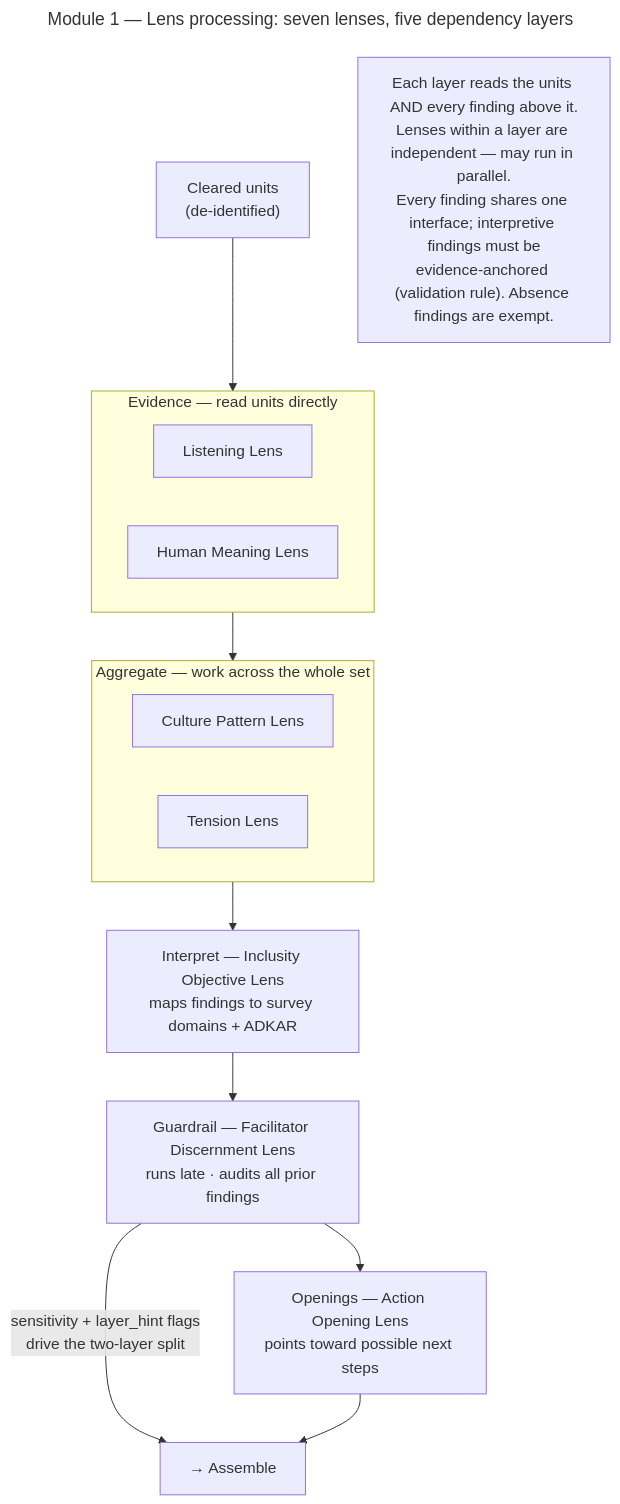
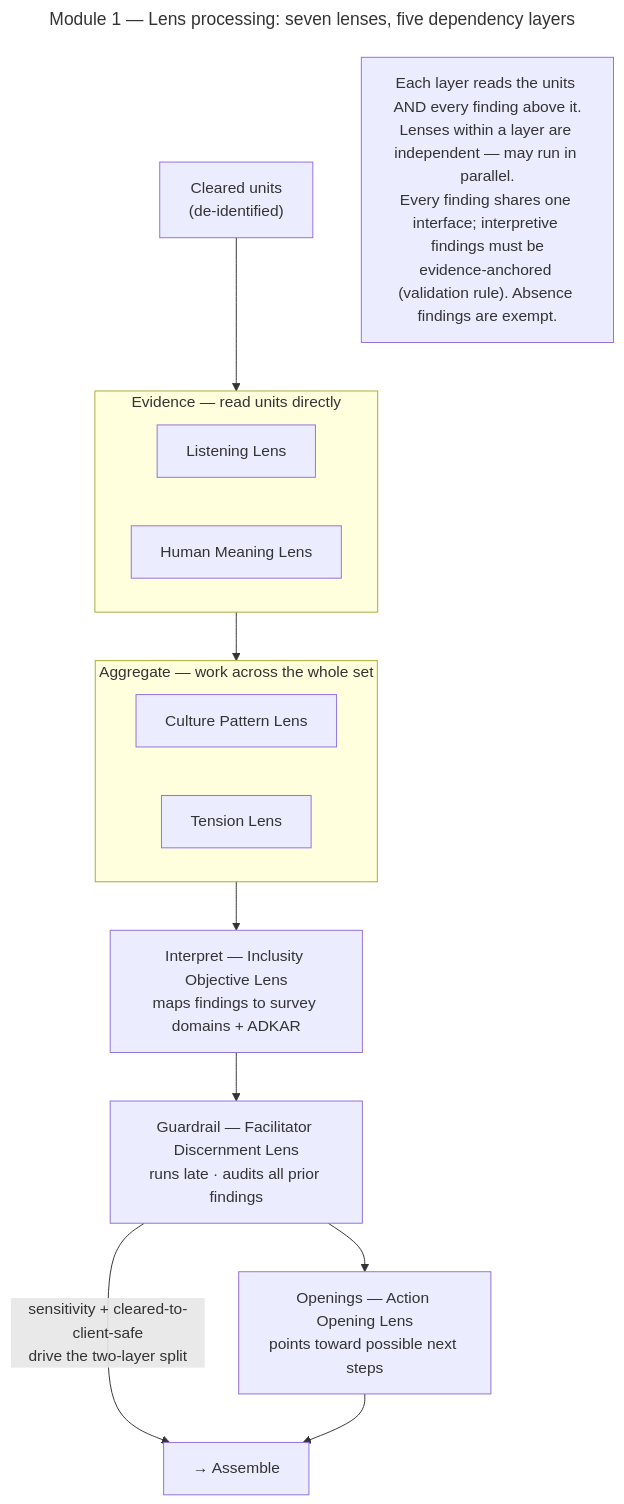
The second of 3 diagrams in docs/build_approach.md (dkent600/HumanLens), drawn with Mermaid before and after one commit. The commit also changed other lines of this file and 1 other file, not shown here.

````diff
--- a/docs/build_approach.md
+++ b/docs/build_approach.md
@@ -682,29 +682,29 @@
 ```mermaid
 ---
 title: "Module 1 — Lens processing: seven lenses, five dependency layers"
 ---
 flowchart TD
     U["Cleared units<br/>(de-identified)"]
 
     subgraph L1["Evidence — read units directly"]
         direction LR
         LIS["Listening Lens"]
         HM["Human Meaning Lens"]
     end
 
     subgraph L2["Aggregate — work across the whole set"]
         direction LR
         CP["Culture Pattern Lens"]
         TEN["Tension Lens"]
     end
 
     L3["Interpret — Inclusity Objective Lens<br/>maps findings to survey domains + ADKAR"]
     L4["Guardrail — Facilitator Discernment Lens<br/>runs late · audits all prior findings"]
     L5["Openings — Action Opening Lens<br/>points toward possible next steps"]
 
     U --> L1 --> L2 --> L3 --> L4 --> L5
-    L4 -->|"sensitivity + layer_hint flags<br/>drive the two-layer split"| OUT["→ Assemble"]
+    L4 -->|"sensitivity + cleared-to-client-safe<br/>drive the two-layer split"| OUT["→ Assemble"]
     L5 --> OUT
 
     NOTE["Each layer reads the units AND every finding above it.<br/>Lenses within a layer are independent — may run in parallel.<br/>Every finding shares one interface; interpretive findings must be<br/>evidence-anchored (validation rule). Absence findings are exempt."]
 ```
````
